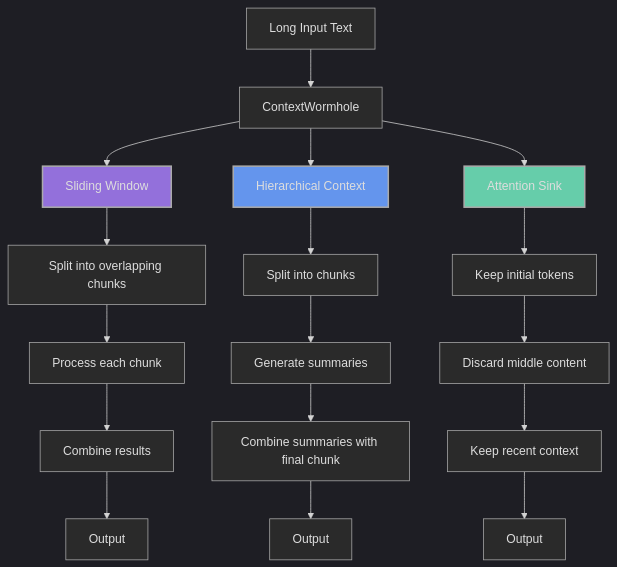
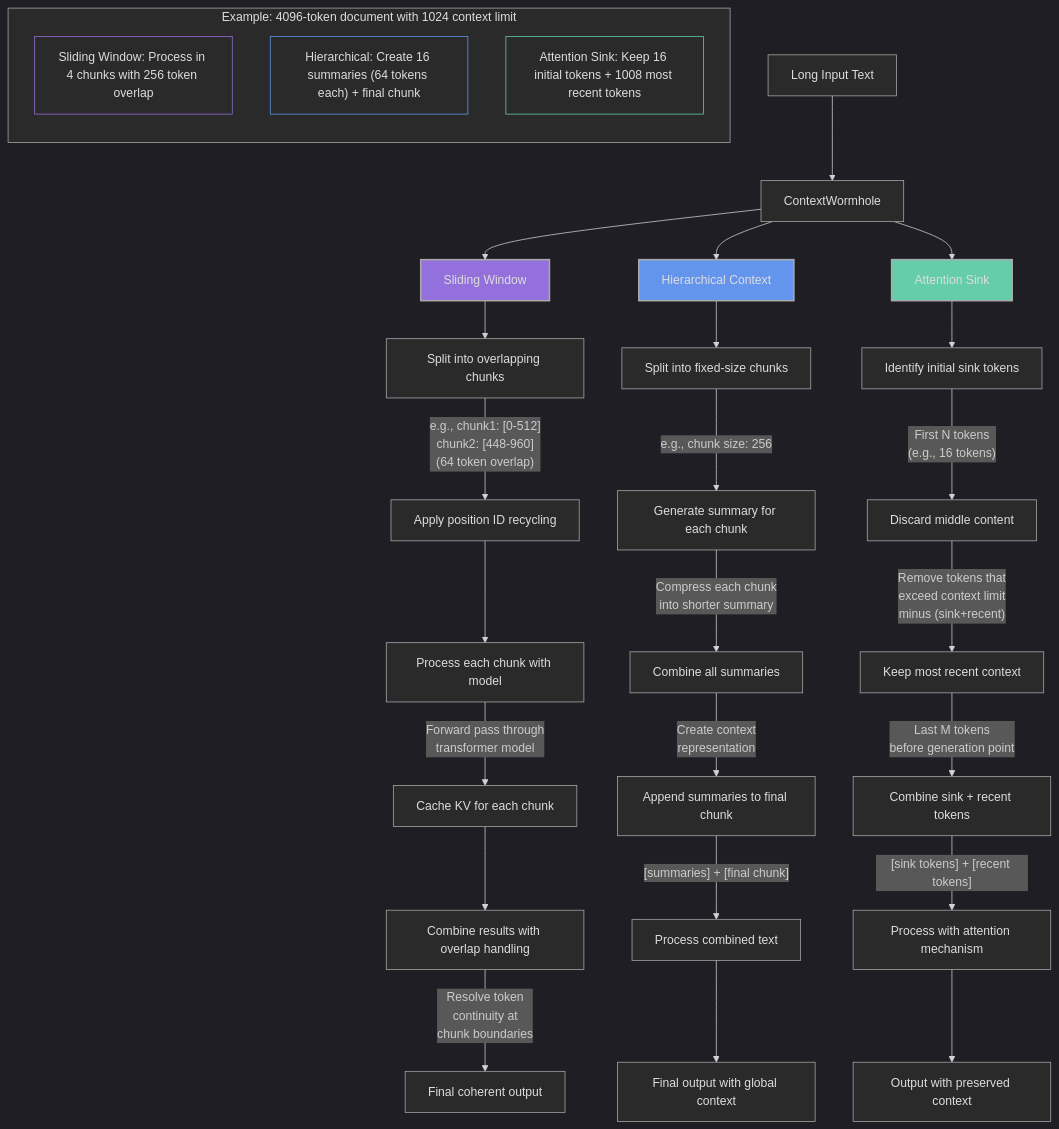
One commit to mbhatt1/ContextWormhole changed the first of 3 diagrams in README.md. Above: the diagram before and after it, drawn with Mermaid.

Commit message:
Add diagram

````diff
--- a/README.md
+++ b/README.md
@@ -19,32 +19,50 @@
 ```mermaid
 %%{init: {'theme': 'dark'}}%%
 graph TD
     Input[Long Input Text] --> CW[ContextWormhole]
     CW --> SW[Sliding Window]
     CW --> HC[Hierarchical Context]
     CW --> AS[Attention Sink]
     
     %% Sliding Window Strategy
     SW --> SW1[Split into overlapping chunks]
-    SW1 --> SW2[Process each chunk]
-    SW2 --> SW3[Combine results]
-    SW3 --> SWOut[Output]
+    SW1 --> |"e.g., chunk1: [0-512]<br>chunk2: [448-960]<br>(64 token overlap)"| SW2[Apply position ID recycling]
+    SW2 --> SW3[Process each chunk with model]
+    SW3 --> |"Forward pass through<br>transformer model"| SW4[Cache KV for each chunk]
+    SW4 --> SW5[Combine results with overlap handling]
+    SW5 --> |"Resolve token<br>continuity at<br>chunk boundaries"| SWOut[Final coherent output]
     
     %% Hierarchical Context Strategy
-    HC --> HC1[Split into chunks]
-    HC1 --> HC2[Generate summaries]
-    HC2 --> HC3[Combine summaries with final chunk]
-    HC3 --> HCOut[Output]
+    HC --> HC1[Split into fixed-size chunks]
+    HC1 --> |"e.g., chunk size: 256"| HC2[Generate summary for each chunk]
+    HC2 --> |"Compress each chunk<br>into shorter summary"| HC3[Combine all summaries]
+    HC3 --> |"Create context<br>representation"| HC4[Append summaries to final chunk]
+    HC4 --> |"[summaries] + [final chunk]"| HC5[Process combined text]
+    HC5 --> HCOut[Final output with global context]
     
     %% Attention Sink Strategy
-    AS --> AS1[Keep initial tokens]
-    AS1 --> AS2[Discard middle content]
-    AS2 --> AS3[Keep recent context]
-    AS3 --> ASOut[Output]
+    AS --> AS1[Identify initial sink tokens]
+    AS1 --> |"First N tokens<br>(e.g., 16 tokens)"| AS2[Discard middle content]
+    AS2 --> |"Remove tokens that<br>exceed context limit<br>minus (sink+recent)"| AS3[Keep most recent context]
+    AS3 --> |"Last M tokens<br>before generation point"| AS4[Combine sink + recent tokens]
+    AS4 --> |"[sink tokens] + [recent tokens]"| AS5[Process with attention mechanism]
+    AS5 --> ASOut[Output with preserved context]
+    
+    %% Example input/output
+    subgraph Example["Example: 4096-token document with 1024 context limit"]
+        direction TB
+        Ex1["Sliding Window: Process in 4 chunks with 256 token overlap"]
+        Ex2["Hierarchical: Create 16 summaries (64 tokens each) + final chunk"]
+        Ex3["Attention Sink: Keep 16 initial tokens + 1008 most recent tokens"]
+    end
     
     style SW fill:#9370DB,stroke:#aaa,stroke-width:2px
     style HC fill:#6495ED,stroke:#aaa,stroke-width:2px
     style AS fill:#66CDAA,stroke:#aaa,stroke-width:2px
+    style Example fill:#2A2A2A,stroke:#aaa,color:#ddd,stroke-width:1px
+    style Ex1 fill:#2A2A2A,stroke:#9370DB,color:#ddd,stroke-width:1px
+    style Ex2 fill:#2A2A2A,stroke:#6495ED,color:#ddd,stroke-width:1px
+    style Ex3 fill:#2A2A2A,stroke:#66CDAA,color:#ddd,stroke-width:1px
     
     classDef default fill:#2A2A2A,stroke:#aaa,color:#ddd,stroke-width:1px
 ```
````
